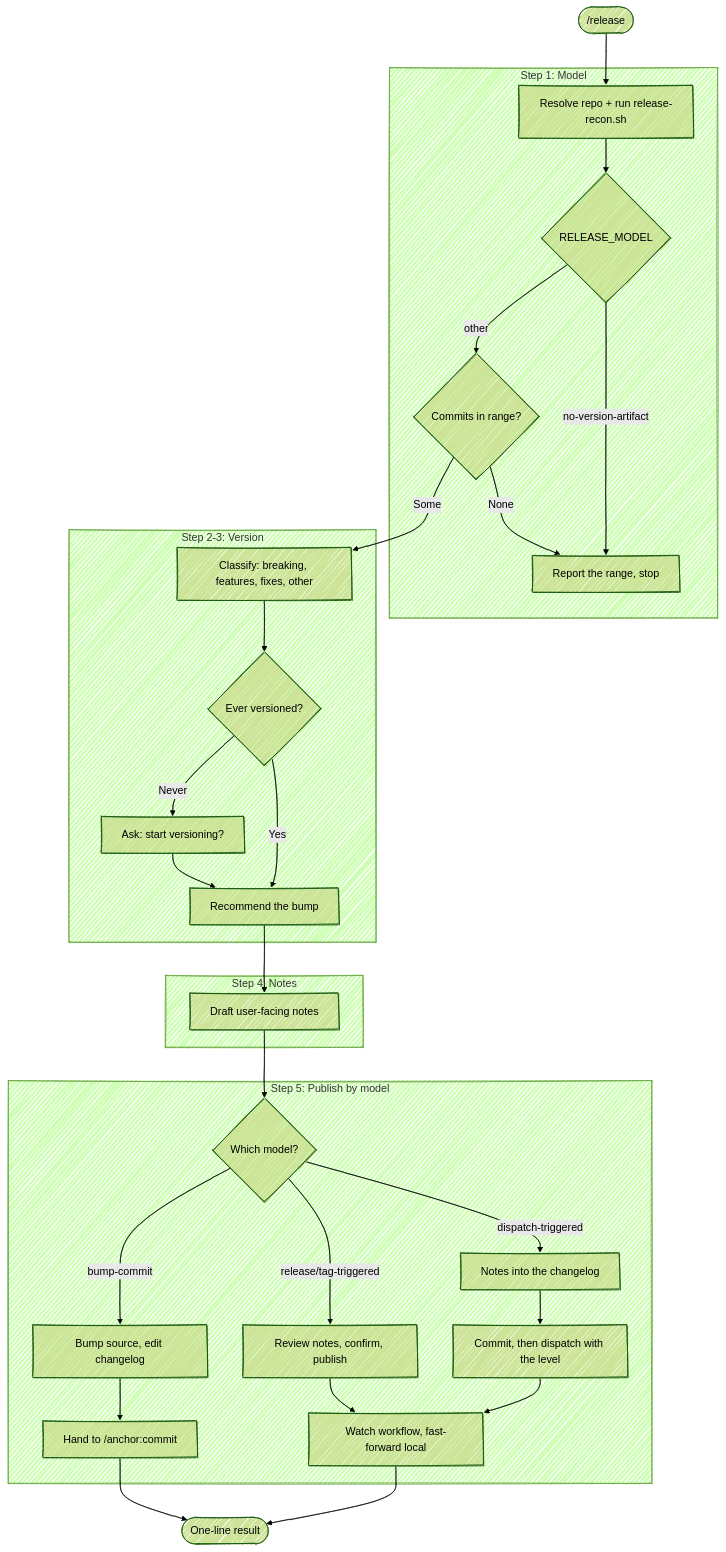
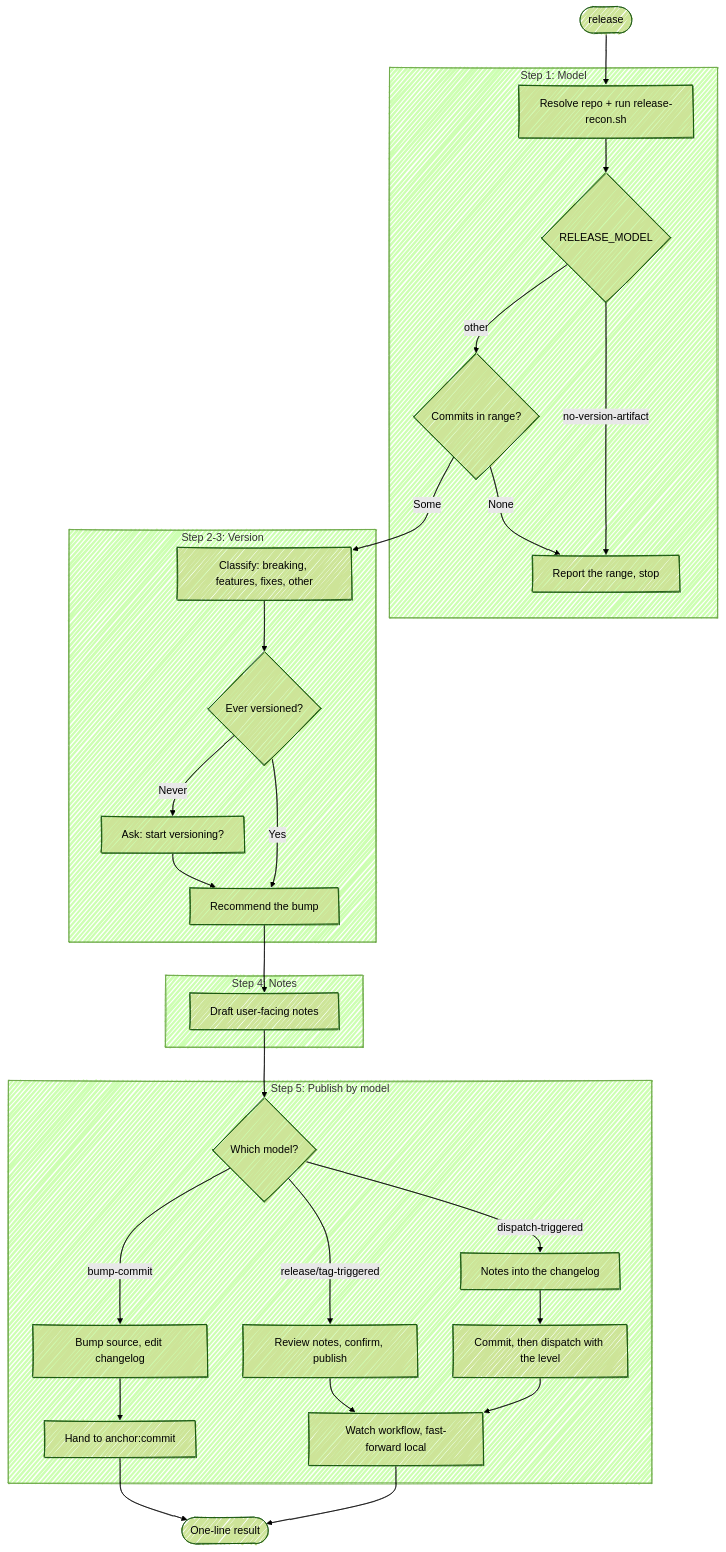
One commit to chris-peterson/anchor changed the diagram in skills/release/SKILL.md. Above: the diagram before and after it, drawn with Mermaid (forest theme). The commit also changed other lines of this file and 38 other files, not shown here.

````diff
--- a/skills/release/SKILL.md
+++ b/skills/release/SKILL.md
@@ -31,38 +35,38 @@
 ```mermaid
 %%{ init: { 'look': 'handDrawn' } }%%
 flowchart TD
-    Start(["/release"]) --> Recon["Resolve repo + run release-recon.sh"]
+    Start(["release"]) --> Recon["Resolve repo + run release-recon.sh"]
 
     subgraph "Step 1: Model"
         Recon --> Model{RELEASE_MODEL}
         Model -->|no-version-artifact| Report0["Report the range, stop"]
         Model -->|other| Range{Commits in range?}
         Range -->|None| Report0
     end
 
     subgraph "Step 2-3: Version"
         Range -->|Some| Classify["Classify: breaking, features, fixes, other"]
         Classify --> Ever{Ever versioned?}
         Ever -->|Never| AskConv["Ask: start versioning?"]
         Ever -->|Yes| Semver["Recommend the bump"]
         AskConv --> Semver
     end
 
     subgraph "Step 4: Notes"
         Semver --> Notes["Draft user-facing notes"]
     end
 
     subgraph "Step 5: Publish by model"
         Notes --> Which{Which model?}
         Which -->|release/tag-triggered| ReviewNotes["Review notes, confirm, publish"]
         Which -->|dispatch-triggered| Stage["Notes into the changelog"]
         Which -->|bump-commit| Bump["Bump source, edit changelog"]
-        Bump --> Commit["Hand to /anchor:commit"]
+        Bump --> Commit["Hand to anchor:commit"]
         Stage --> Dispatch["Commit, then dispatch with the level"]
         Dispatch --> Follow
         ReviewNotes --> Follow["Watch workflow, fast-forward local"]
     end
 
     Follow --> Done([One-line result])
     Commit --> Done
 ```
````
